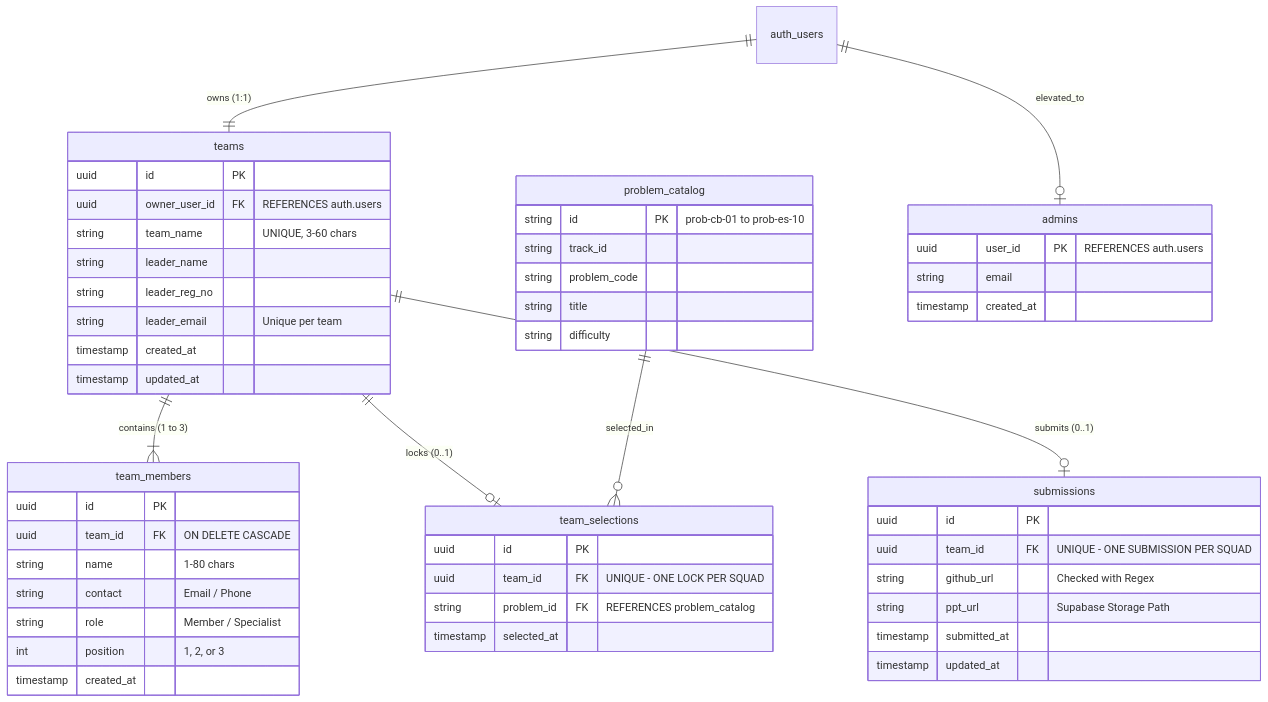
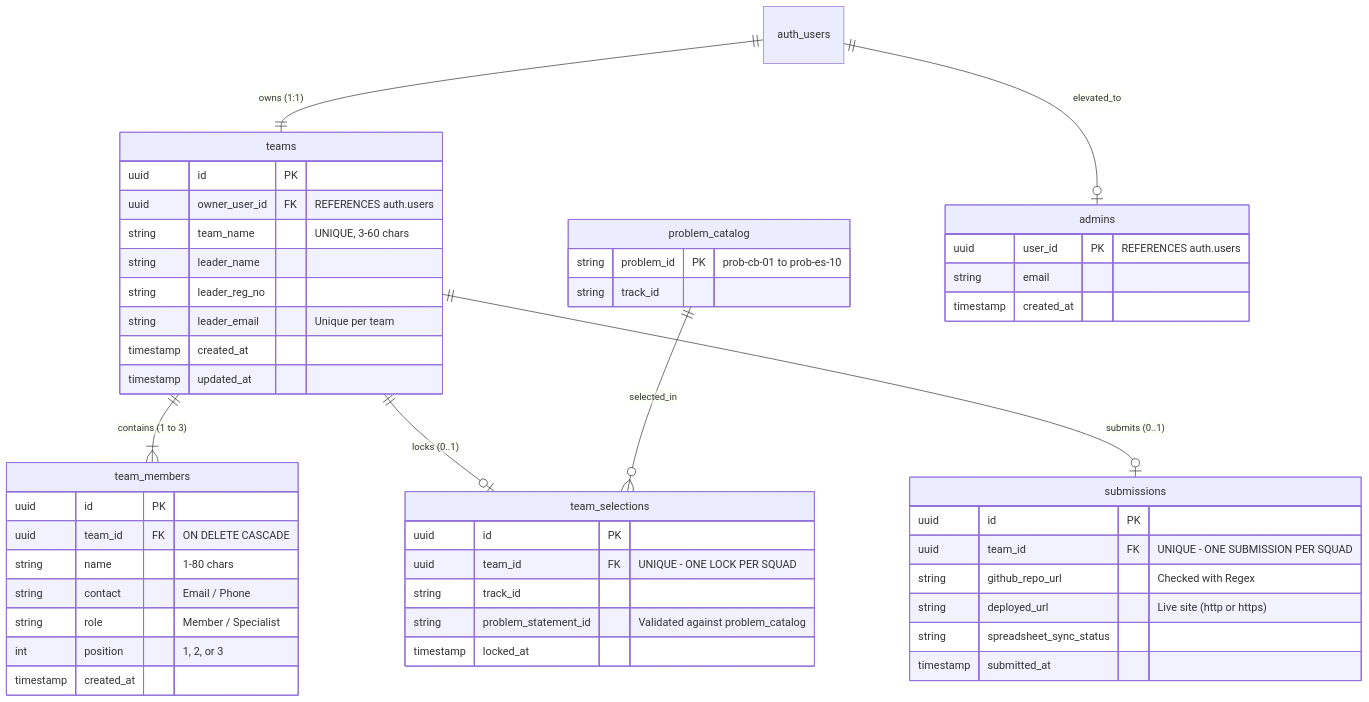
Before and after one commit to Ramcharanvinay/Chakravyuh-hackathon: the fourth of 5 diagrams in README.md, drawn with Mermaid. The commit also changed other lines of this file, not shown here.

Commit message:
docs: align README with the app (no PPT upload, real schema, CAD 3D models, setup steps, live link)

````diff
--- a/README.md
+++ b/README.md
@@ -215,60 +210,58 @@
 ```mermaid
 erDiagram
     auth_users ||--|| teams : "owns (1:1)"
     teams ||--|{ team_members : "contains (1 to 3)"
     teams ||--o| team_selections : "locks (0..1)"
     teams ||--o| submissions : "submits (0..1)"
     problem_catalog ||--o{ team_selections : "selected_in"
     auth_users ||--o| admins : "elevated_to"
 
     teams {
         uuid id PK
         uuid owner_user_id FK "REFERENCES auth.users"
         string team_name "UNIQUE, 3-60 chars"
         string leader_name
         string leader_reg_no
         string leader_email "Unique per team"
         timestamp created_at
         timestamp updated_at
     }
 
     team_members {
         uuid id PK
         uuid team_id FK "ON DELETE CASCADE"
         string name "1-80 chars"
         string contact "Email / Phone"
         string role "Member / Specialist"
         int position "1, 2, or 3"
         timestamp created_at
     }
 
     team_selections {
         uuid id PK
         uuid team_id FK "UNIQUE - ONE LOCK PER SQUAD"
-        string problem_id FK "REFERENCES problem_catalog"
-        timestamp selected_at
+        string track_id
+        string problem_statement_id "Validated against problem_catalog"
+        timestamp locked_at
     }
 
     submissions {
         uuid id PK
         uuid team_id FK "UNIQUE - ONE SUBMISSION PER SQUAD"
-        string github_url "Checked with Regex"
-        string ppt_url "Supabase Storage Path"
+        string github_repo_url "Checked with Regex"
+        string deployed_url "Live site (http or https)"
+        string spreadsheet_sync_status
         timestamp submitted_at
-        timestamp updated_at
     }
 
     problem_catalog {
-        string id PK "prob-cb-01 to prob-es-10"
+        string problem_id PK "prob-cb-01 to prob-es-10"
         string track_id
-        string problem_code
-        string title
-        string difficulty
     }
 
     admins {
         uuid user_id PK "REFERENCES auth.users"
         string email
         timestamp created_at
     }
 ```
````
